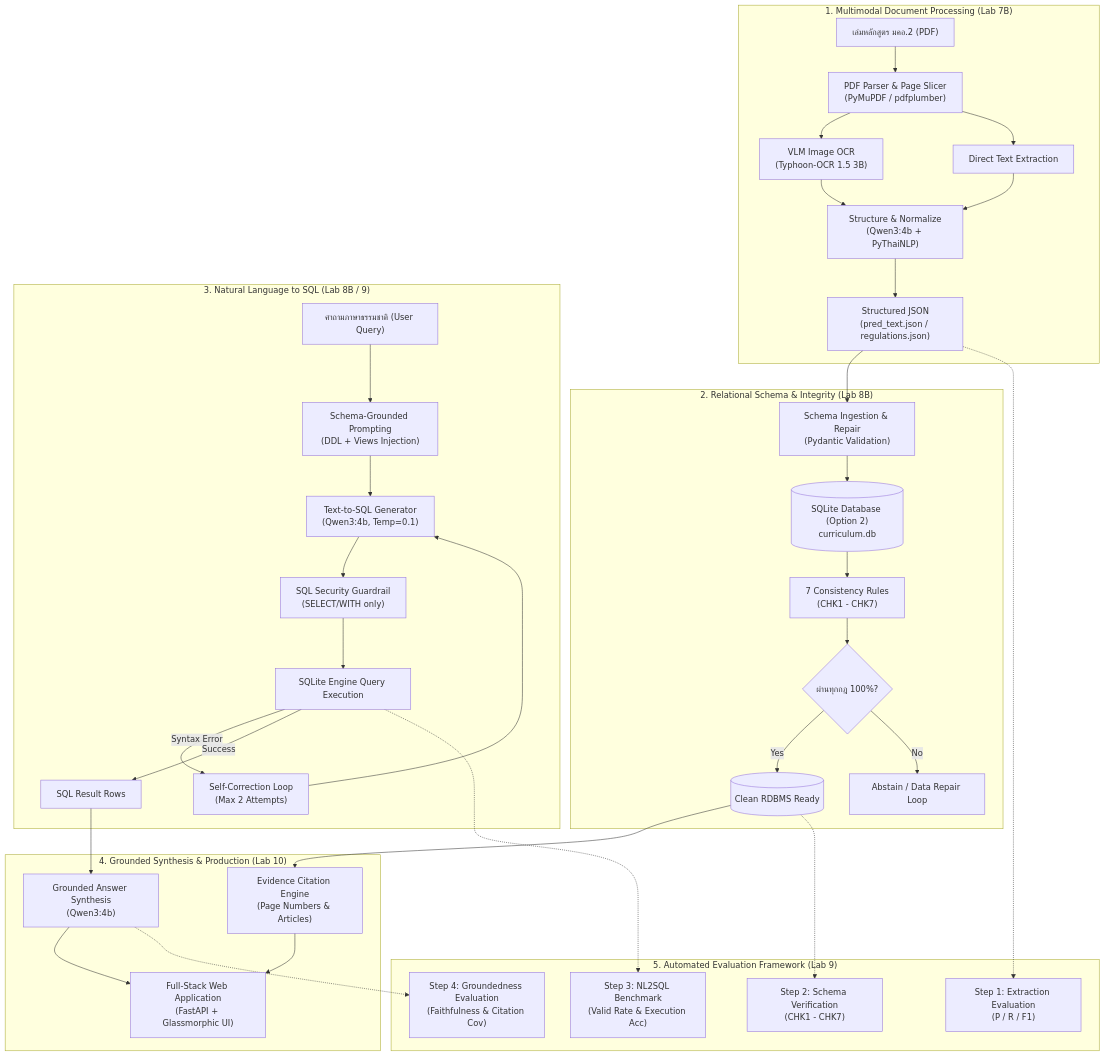
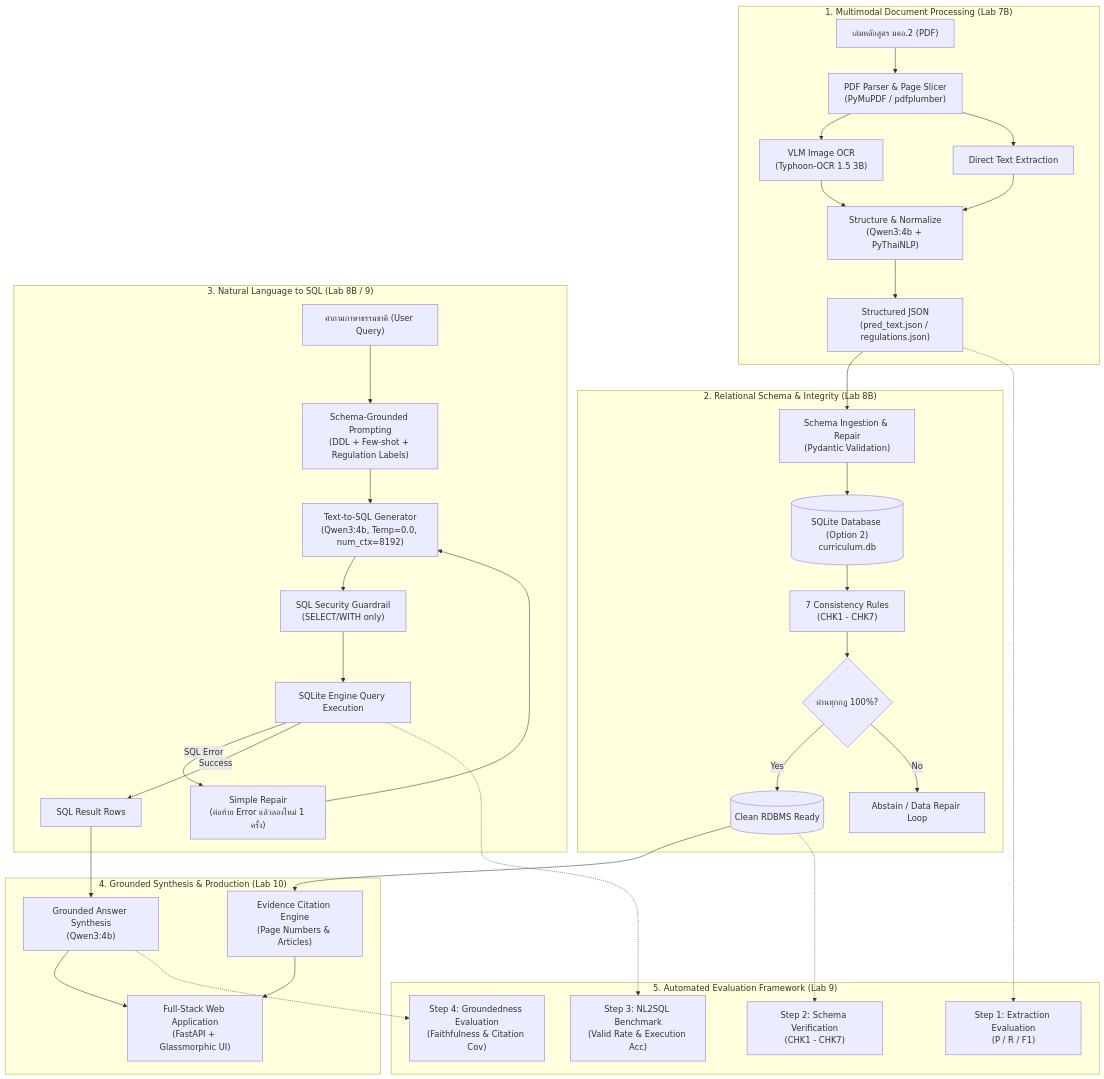
Before and after one commit to dewy-cloud/isd-2026-luksuitpiti-10: the first of 7 diagrams in sysdoc.md, drawn with Mermaid. The commit also changed other lines of this file and 6 other files, not shown here.

First line of the commit message:
docs: align NL2SQL docs with the shared prompt, new metrics and citation flow

````diff
--- a/sysdoc.md
+++ b/sysdoc.md
@@ -15,44 +15,44 @@
 ```mermaid
 flowchart TD
     subgraph S1["1. Multimodal Document Processing (Lab 7B)"]
         PDF["เล่มหลักสูตร มคอ.2 (PDF)"] --> P1["PDF Parser & Page Slicer<br/>(PyMuPDF / pdfplumber)"]
         P1 --> P2["VLM Image OCR<br/>(Typhoon-OCR 1.5 3B)"]
         P1 --> P3["Direct Text Extraction"]
         P2 --> P4["Structure & Normalize<br/>(Qwen3:4b + PyThaiNLP)"]
         P3 --> P4
         P4 --> JSON_OUT["Structured JSON<br/>(pred_text.json / regulations.json)"]
     end
 
     subgraph S2["2. Relational Schema & Integrity (Lab 8B)"]
         JSON_OUT --> P5["Schema Ingestion & Repair<br/>(Pydantic Validation)"]
         P5 --> DB[("SQLite Database (Option 2)<br/>curriculum.db")]
         DB --> CHK["7 Consistency Rules<br/>(CHK1 - CHK7)"]
         CHK --> PASS{"ผ่านทุกกฎ 100%?"}
         PASS -- Yes --> READY[("Clean RDBMS Ready")]
         PASS -- No --> ABSTAIN["Abstain / Data Repair Loop"]
     end
 
     subgraph S3["3. Natural Language to SQL (Lab 8B / 9)"]
-        USER_Q["คำถามภาษาธรรมชาติ (User Query)"] --> PROMPT["Schema-Grounded Prompting<br/>(DDL + Views Injection)"]
-        PROMPT --> LLM_SQL["Text-to-SQL Generator<br/>(Qwen3:4b, Temp=0.1)"]
+        USER_Q["คำถามภาษาธรรมชาติ (User Query)"] --> PROMPT["Schema-Grounded Prompting<br/>(DDL + Few-shot + Regulation Labels)"]
+        PROMPT --> LLM_SQL["Text-to-SQL Generator<br/>(Qwen3:4b, Temp=0.0, num_ctx=8192)"]
         LLM_SQL --> GUARD["SQL Security Guardrail<br/>(SELECT/WITH only)"]
         GUARD --> EXEC["SQLite Engine Query Execution"]
-        EXEC -- "Syntax Error" --> RETRY["Self-Correction Loop<br/>(Max 2 Attempts)"]
+        EXEC -- "SQL Error" --> RETRY["Simple Repair<br/>(ต่อท้าย Error แล้วลองใหม่ 1 ครั้ง)"]
         RETRY --> LLM_SQL
         EXEC -- "Success" --> ROWS["SQL Result Rows"]
     end
 
     subgraph S4["4. Grounded Synthesis & Production (Lab 10)"]
         ROWS --> SYNTH["Grounded Answer Synthesis<br/>(Qwen3:4b)"]
         READY --> CITE["Evidence Citation Engine<br/>(Page Numbers & Articles)"]
         SYNTH --> WEB["Full-Stack Web Application<br/>(FastAPI + Glassmorphic UI)"]
         CITE --> WEB
     end
 
     subgraph S5["5. Automated Evaluation Framework (Lab 9)"]
         JSON_OUT -.-> E1["Step 1: Extraction Evaluation<br/>(P / R / F1)"]
         READY -.-> E2["Step 2: Schema Verification<br/>(CHK1 - CHK7)"]
         EXEC -.-> E3["Step 3: NL2SQL Benchmark<br/>(Valid Rate & Execution Acc)"]
         SYNTH -.-> E4["Step 4: Groundedness Evaluation<br/>(Faithfulness & Citation Cov)"]
     end
 ```
````
